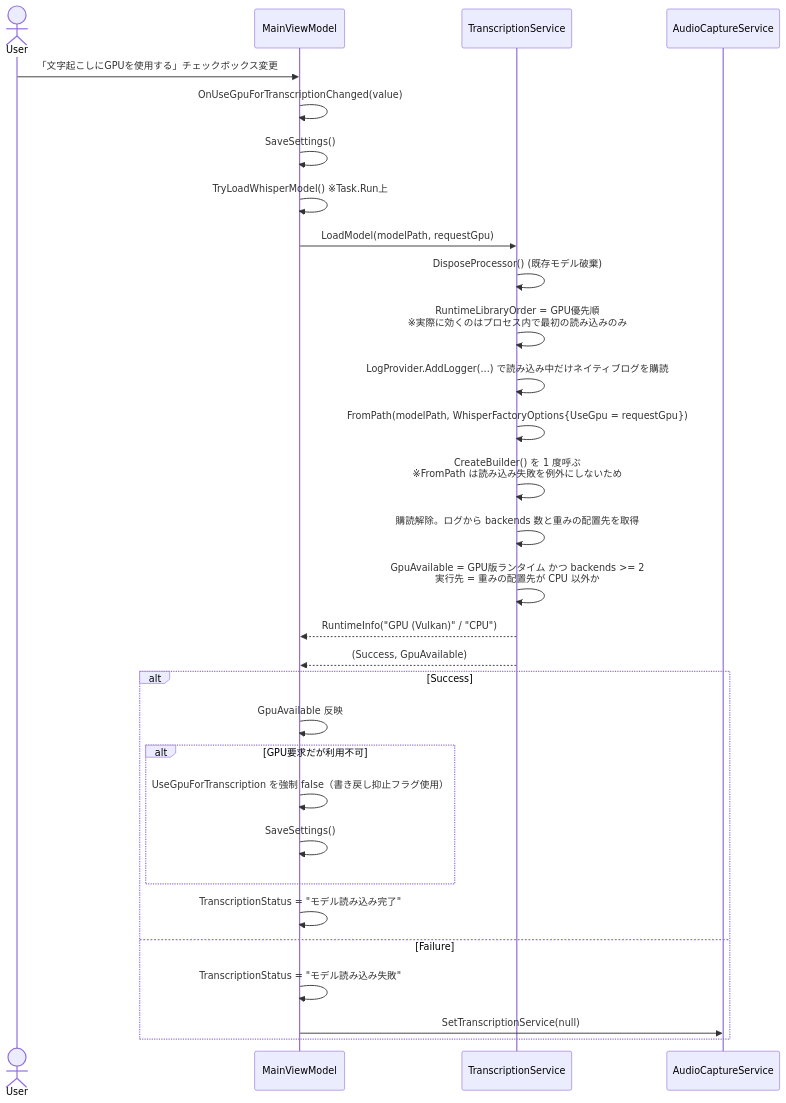
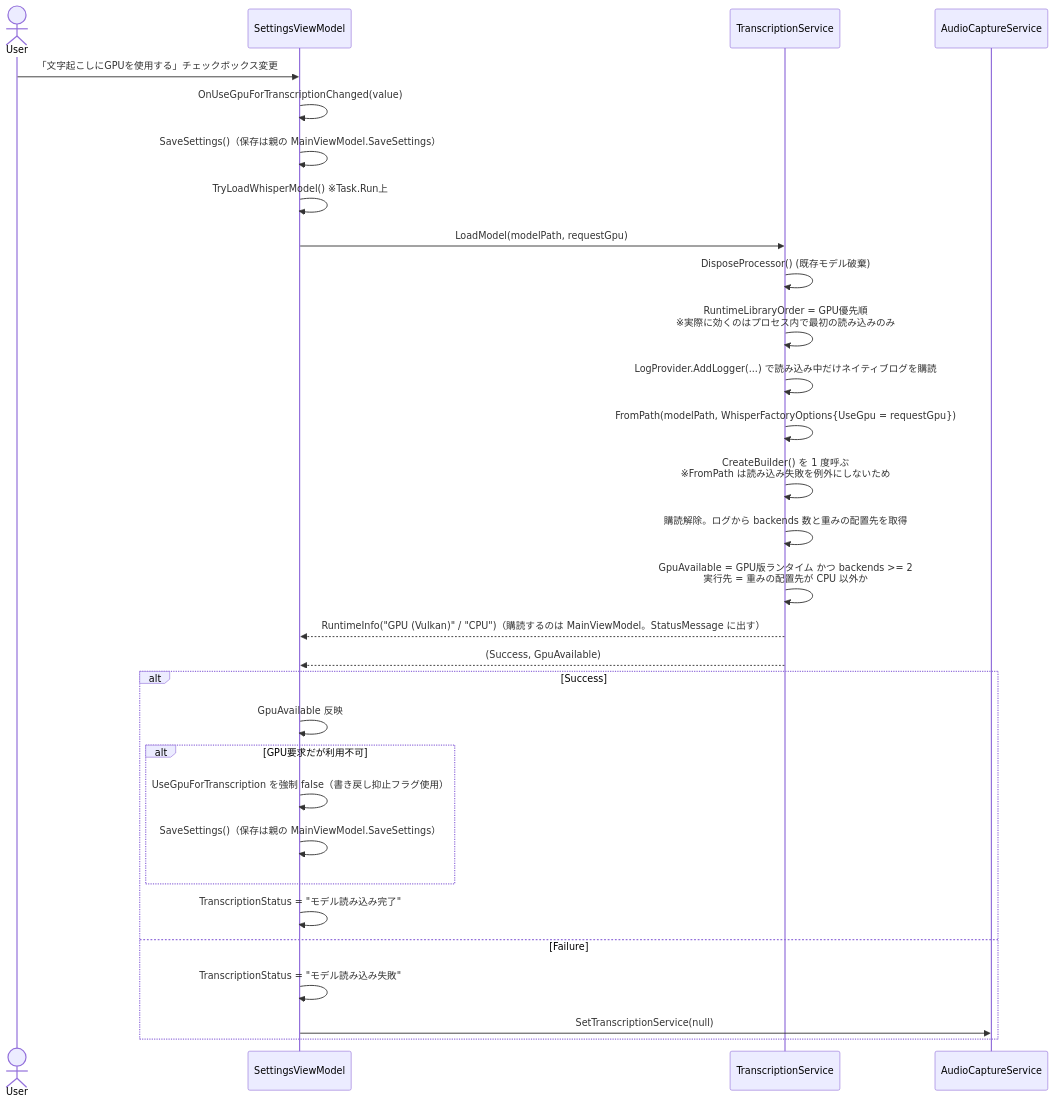
Before and after one commit to otomac/audio-capture-app: the ninth of 9 diagrams in docs/spec/04_sequence_diagram.md, drawn with Mermaid. The commit also changed other lines of this file and 36 other files, not shown here.

First line of the commit message:
T170 MainViewModel をウィンドウごとの ViewModel に分ける（ADR-0008）

````diff
--- a/docs/spec/04_sequence_diagram.md
+++ b/docs/spec/04_sequence_diagram.md
@@ -357,35 +365,35 @@
 ```mermaid
 sequenceDiagram
     actor User
-    participant VM as MainViewModel
+    participant SVM as SettingsViewModel
     participant TS as TranscriptionService
     participant ACS as AudioCaptureService
 
-    User->>VM: 「文字起こしにGPUを使用する」チェックボックス変更
-    VM->>VM: OnUseGpuForTranscriptionChanged(value)
-    VM->>VM: SaveSettings()
-    VM->>VM: TryLoadWhisperModel() ※Task.Run上
+    User->>SVM: 「文字起こしにGPUを使用する」チェックボックス変更
+    SVM->>SVM: OnUseGpuForTranscriptionChanged(value)
+    SVM->>SVM: SaveSettings()（保存は親の MainViewModel.SaveSettings）
+    SVM->>SVM: TryLoadWhisperModel() ※Task.Run上
 
-    VM->>TS: LoadModel(modelPath, requestGpu)
+    SVM->>TS: LoadModel(modelPath, requestGpu)
     TS->>TS: DisposeProcessor() (既存モデル破棄)
     TS->>TS: RuntimeLibraryOrder = GPU優先順<br/>※実際に効くのはプロセス内で最初の読み込みのみ
     TS->>TS: LogProvider.AddLogger(...) で読み込み中だけネイティブログを購読
     TS->>TS: FromPath(modelPath, WhisperFactoryOptions{UseGpu = requestGpu})
     TS->>TS: CreateBuilder() を 1 度呼ぶ<br/>※FromPath は読み込み失敗を例外にしないため
     TS->>TS: 購読解除。ログから backends 数と重みの配置先を取得
     TS->>TS: GpuAvailable = GPU版ランタイム かつ backends >= 2<br/>実行先 = 重みの配置先が CPU 以外か
-    TS-->>VM: RuntimeInfo("GPU (Vulkan)" / "CPU")
-    TS-->>VM: (Success, GpuAvailable)
+    TS-->>SVM: RuntimeInfo("GPU (Vulkan)" / "CPU")（購読するのは MainViewModel。StatusMessage に出す）
+    TS-->>SVM: (Success, GpuAvailable)
 
     alt Success
-        VM->>VM: GpuAvailable 反映
+        SVM->>SVM: GpuAvailable 反映
         alt GPU要求だが利用不可
-            VM->>VM: UseGpuForTranscription を強制 false（書き戻し抑止フラグ使用）
-            VM->>VM: SaveSettings()
+            SVM->>SVM: UseGpuForTranscription を強制 false（書き戻し抑止フラグ使用）
+            SVM->>SVM: SaveSettings()（保存は親の MainViewModel.SaveSettings）
         end
-        VM->>VM: TranscriptionStatus = "モデル読み込み完了"
+        SVM->>SVM: TranscriptionStatus = "モデル読み込み完了"
     else Failure
-        VM->>VM: TranscriptionStatus = "モデル読み込み失敗"
-        VM->>ACS: SetTranscriptionService(null)
+        SVM->>SVM: TranscriptionStatus = "モデル読み込み失敗"
+        SVM->>ACS: SetTranscriptionService(null)
     end
 ```
````
